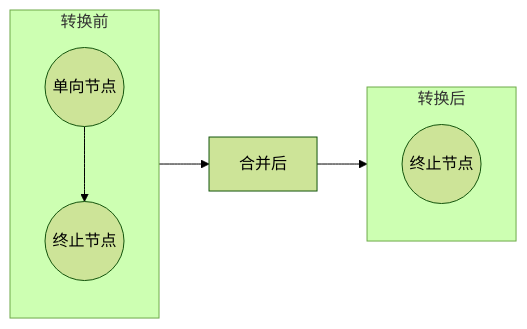
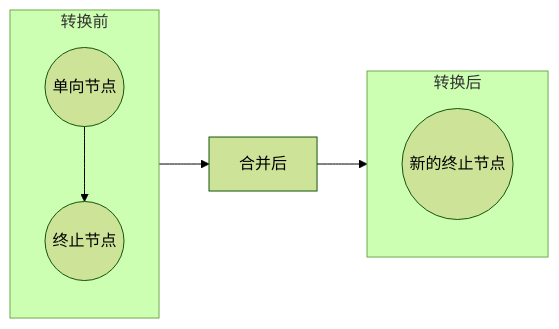
Diagram 11 of 22 in 控制流节点合并说明文档.md (jsCrack8/JavaScript-Deobfuscator), drawn with Mermaid (forest theme) before and after one commit. The commit also changed other lines of this file, not shown here.

````diff
--- a/控制流节点合并说明文档.md
+++ b/控制流节点合并说明文档.md
@@ -219,15 +224,15 @@
 ```mermaid
 flowchart LR
   subgraph L1["转换前"]
     direction TB
     A1(("单向节点"))
     B1(("终止节点"))
     A1 --> B1
   end
-  B1 --> X1["合并后"]
+  X1["合并后"]
   subgraph R1["转换后"]
     direction TB
-    C1(("终止节点"))
+    C1(("新的终止节点"))
   end
-  X1 --> C1
+  L1 --> X1 --> R1
 ```
````
